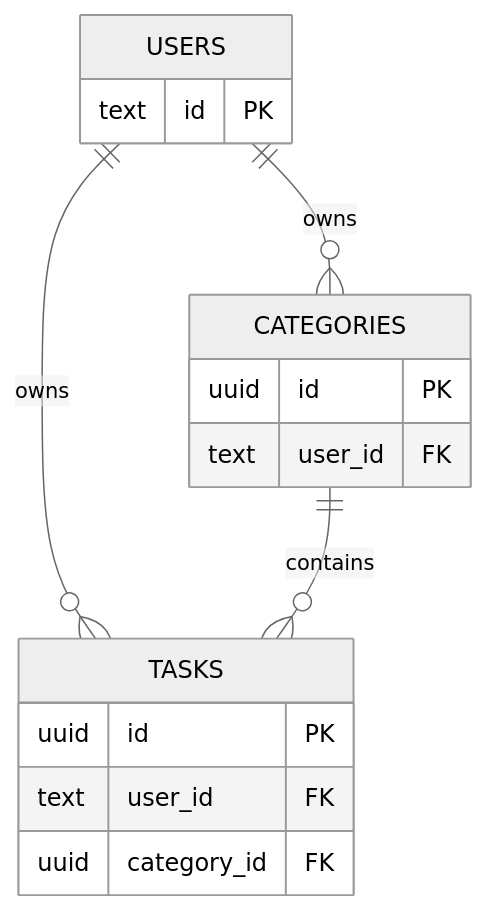
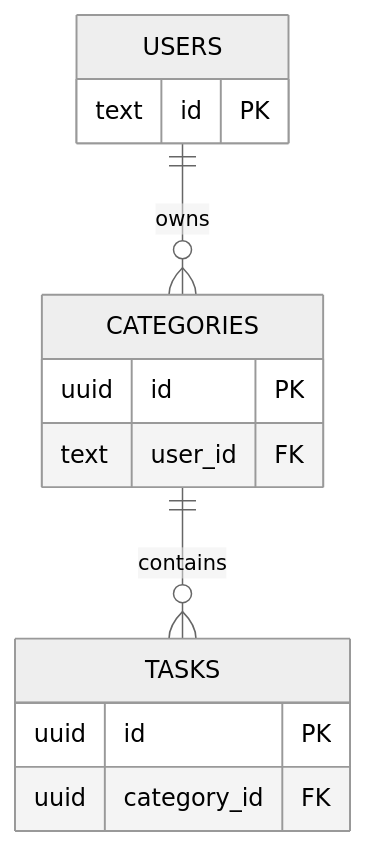
One commit to fbansghd/sortnote-online changed the diagram in README.md. Above: the diagram before and after it, drawn with Mermaid (neutral theme). The commit also changed other lines of this file and 2 other files, not shown here.

Commit message:
DB設計を正規化：tasksテーブルからuser_idを削除
データの冗長性を解消し、正規化されたDB設計に変更。

変更内容:
- tasksテーブルからuser_id列を削除
- tasksのRLSポリシーをJOIN方式に変更
- マイグレーション用SQLファイルを追加
- ER図を更新

これにより、データ整合性が保証され、タスクは必ずカテゴリーのオーナーに属することが保証されます。

````diff
--- a/README.md
+++ b/README.md
@@ -76,21 +76,19 @@
 ```mermaid
 erDiagram
     USERS ||--o{ CATEGORIES : owns
-    USERS ||--o{ TASKS : owns
     CATEGORIES ||--o{ TASKS : contains
 
     USERS {
         text id PK
     }
 
     CATEGORIES {
         uuid id PK
         text user_id FK
     }
 
     TASKS {
         uuid id PK
-        text user_id FK
         uuid category_id FK
     }
 ```
````
